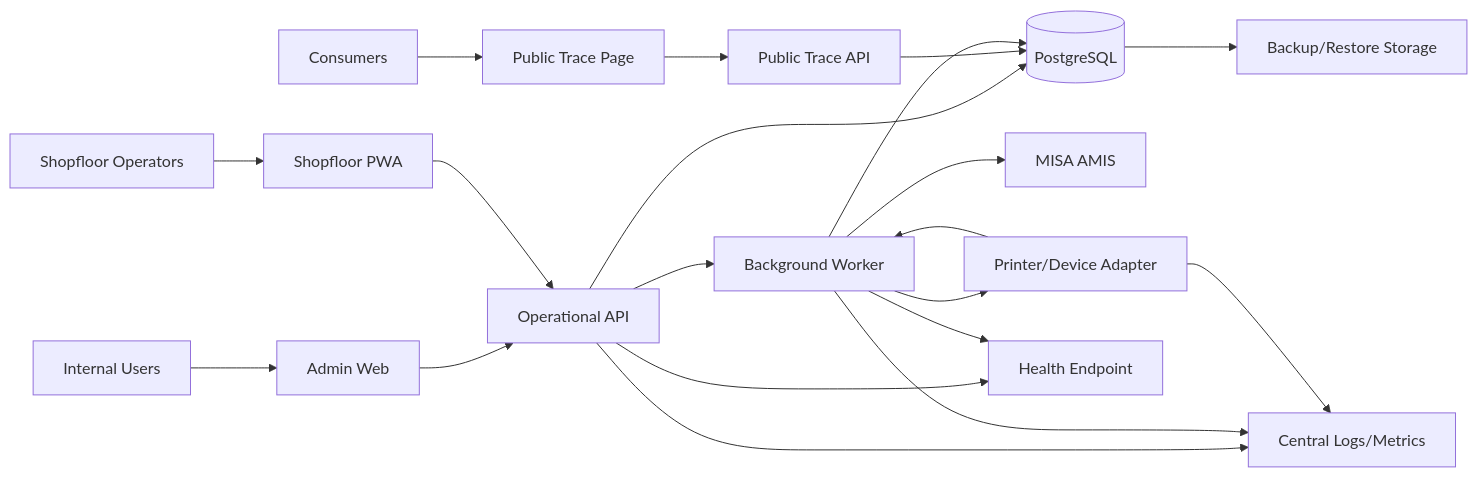
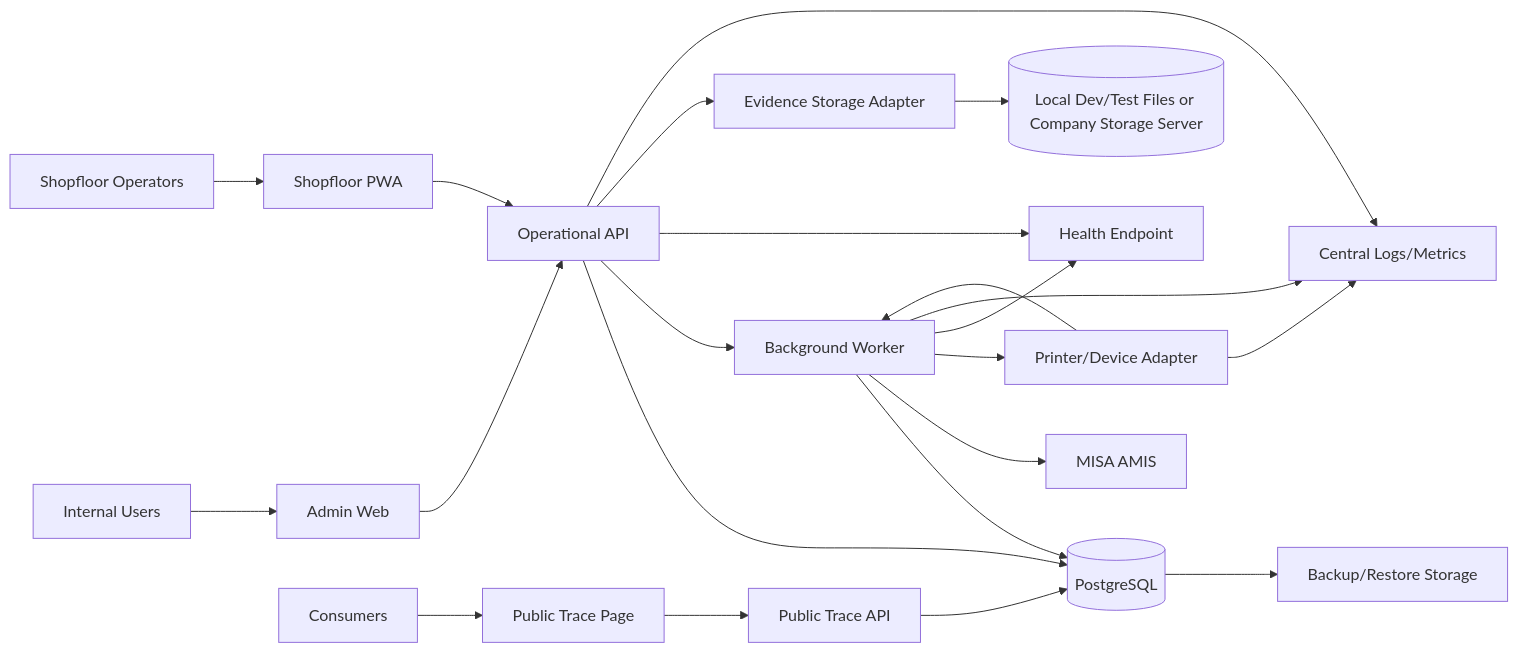
The diagram in docs/software-specs/architecture/07_DEPLOYMENT_VIEW.md (ngquoctoan2001/Ginsengfood-Operational-System), drawn with Mermaid before and after one commit. The commit also changed other lines of this file and 283 other files, not shown here.

First line of the commit message:
feat: scaffold initial structure for operational API and printer device adapter

````diff
--- a/docs/software-specs/architecture/07_DEPLOYMENT_VIEW.md
+++ b/docs/software-specs/architecture/07_DEPLOYMENT_VIEW.md
@@ -7,25 +7,27 @@
 ```mermaid
 flowchart LR
   User[Internal Users] --> AdminWeb[Admin Web]
   Operator[Shopfloor Operators] --> PWA[Shopfloor PWA]
   Consumer[Consumers] --> PublicTrace[Public Trace Page]
 
   AdminWeb --> Api[Operational API]
   PWA --> Api
   PublicTrace --> PublicApi[Public Trace API]
 
   Api --> Pg[(PostgreSQL)]
   PublicApi --> Pg
   Api --> Worker[Background Worker]
   Worker --> Pg
   Worker --> MISA[MISA AMIS]
   Worker --> PrinterAgent[Printer/Device Adapter]
   PrinterAgent --> Worker
   Api --> Health[Health Endpoint]
   Worker --> Health
 
+  Api --> EvidenceStore[Evidence Storage Adapter]
+  EvidenceStore --> EvidenceFiles[(Local Dev/Test Files or Company Storage Server)]
   Api --> Log[Central Logs/Metrics]
   Worker --> Log
   PrinterAgent --> Log
   Pg --> Backup[Backup/Restore Storage]
 ```
````
